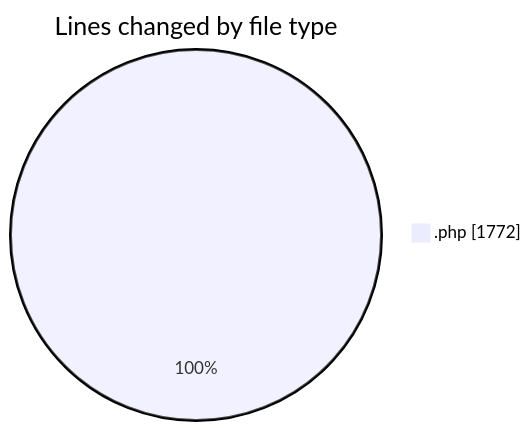
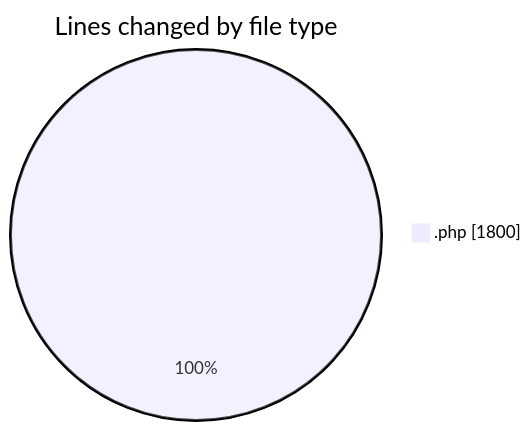
Before and after one commit to debugP/code-tracking: the first of 2 diagrams in 2025-10-07/untitled__workspace_/README.md, drawn with Mermaid. The commit also changed other lines of this file and 1 other file, not shown here.

````diff
--- a/2025-10-07/untitled__workspace_/README.md
+++ b/2025-10-07/untitled__workspace_/README.md
@@ -21,5 +21,5 @@
 ```mermaid
 pie showData
 title Lines changed by file type
-".php" : 1772
+".php" : 1800
 ```
````
